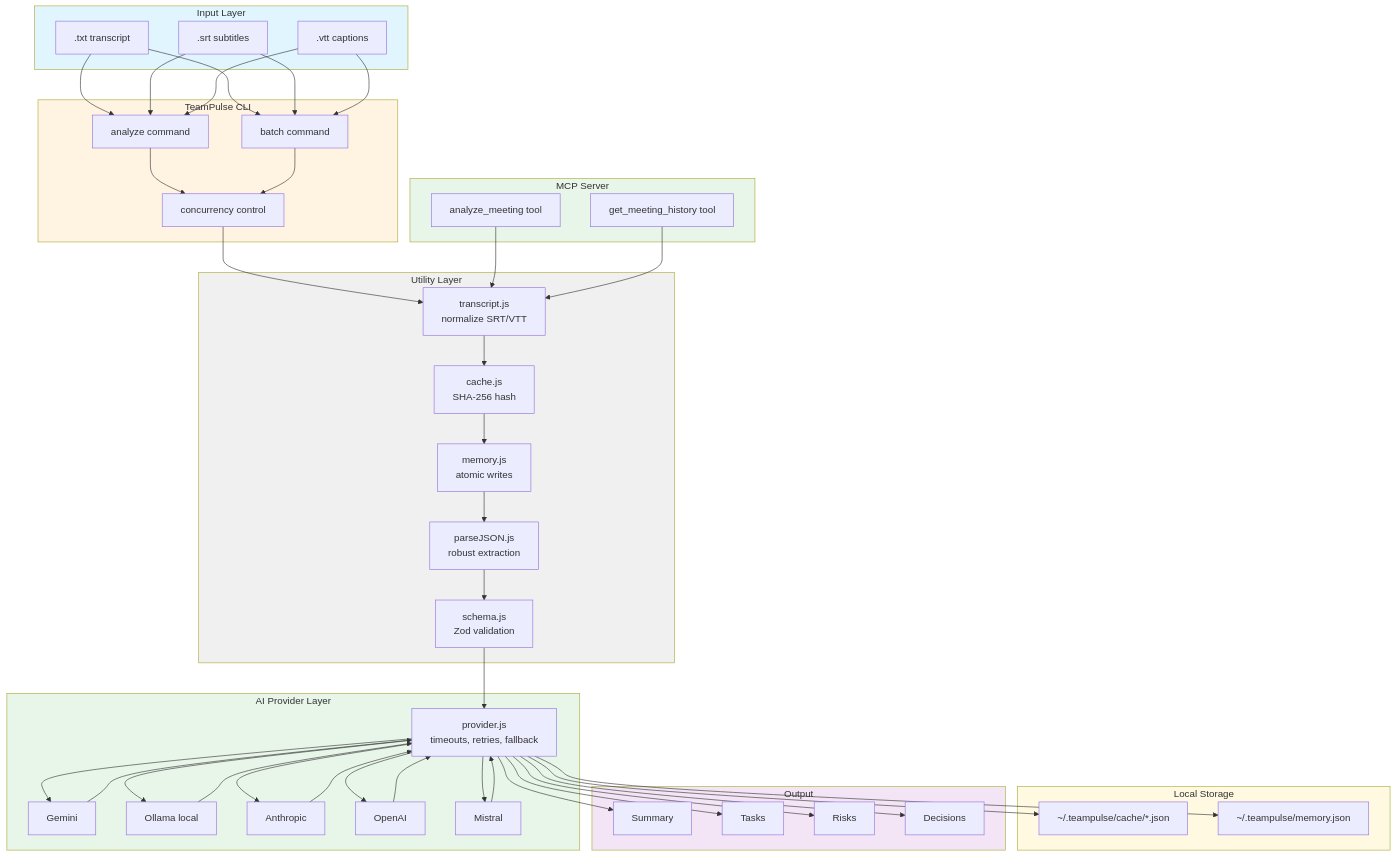
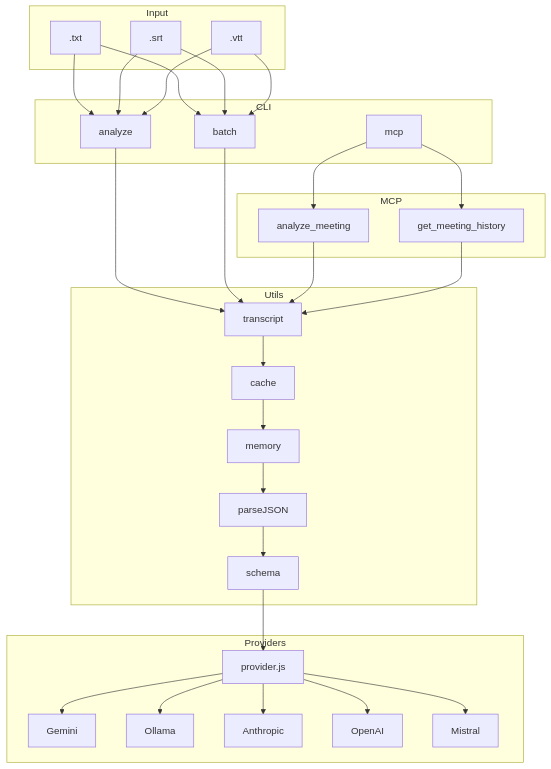
One commit to mcontrerasmalpar-pixel/teampulse changed the diagram in README.md. Above: the diagram before and after it, drawn with Mermaid. The commit also changed other lines of this file, not shown here.

````diff
--- a/README.md
+++ b/README.md
@@ -19,70 +200,43 @@
 ```mermaid
 flowchart TD
-    subgraph Input["Input Layer"]
-        A[".txt transcript"]
-        B[".srt subtitles"]
-        C[".vtt captions"]
+    subgraph Input["Input"]
+        A[".txt"]
+        B[".srt"]
+        C[".vtt"]
     end
 
-    subgraph CLI["TeamPulse CLI"]
-        D["analyze command"]
-        E["batch command"]
-        F["concurrency control"]
+    subgraph CLI["CLI"]
+        D["analyze"]
+        E["batch"]
+        MCPCMD["mcp"]
     end
 
-    subgraph MCP["MCP Server"]
-        G["analyze_meeting tool"]
-        H["get_meeting_history tool"]
+    subgraph MCP["MCP"]
+        G["analyze_meeting"]
+        H["get_meeting_history"]
     end
 
-    subgraph Utils["Utility Layer"]
-        I["transcript.js<br/>normalize SRT/VTT"]
-        J["cache.js<br/>SHA-256 hash"]
-        K["memory.js<br/>atomic writes"]
-        L["parseJSON.js<br/>robust extraction"]
-        M["schema.js<br/>Zod validation"]
+    subgraph Utils["Utils"]
+        I["transcript"]
+        J["cache"]
+        K["memory"]
+        L["parseJSON"]
+        M["schema"]
     end
 
-    subgraph Provider["AI Provider Layer"]
-        N["provider.js<br/>timeouts, retries, fallback"]
+    subgraph Provider["Providers"]
+        N["provider.js"]
         O["Gemini"]
-        P["Ollama local"]
+        P["Ollama"]
         Q["Anthropic"]
         R["OpenAI"]
         S["Mistral"]
     end
 
-    subgraph Storage["Local Storage"]
-        T["~/.teampulse/cache/*.json"]
-        U["~/.teampulse/memory.json"]
-    end
-
-    subgraph Output["Output"]
-        V["Summary"]
-        W["Tasks"]
-        X["Risks"]
-        Y["Decisions"]
-    end
-
     A & B & C --> D & E
-    D & E --> F
-    F --> I
+    MCPCMD --> G & H
+    D & E --> I
     G & H --> I
-    I --> J
-    J --> K
-    K --> L
-    L --> M
-    M --> N
+    I --> J --> K --> L --> M --> N
     N --> O & P & Q & R & S
-    O & P & Q & R & S --> N
-    N --> T & U
-    N --> V & W & X & Y
-
-    style Input fill:#e1f5ff
-    style CLI fill:#fff4e1
-    style MCP fill:#e8f5e9
-    style Utils fill:#f0f0f0
-    style Provider fill:#e8f5e9
-    style Storage fill:#fff9e1
-    style Output fill:#f3e5f5
 ```
````
